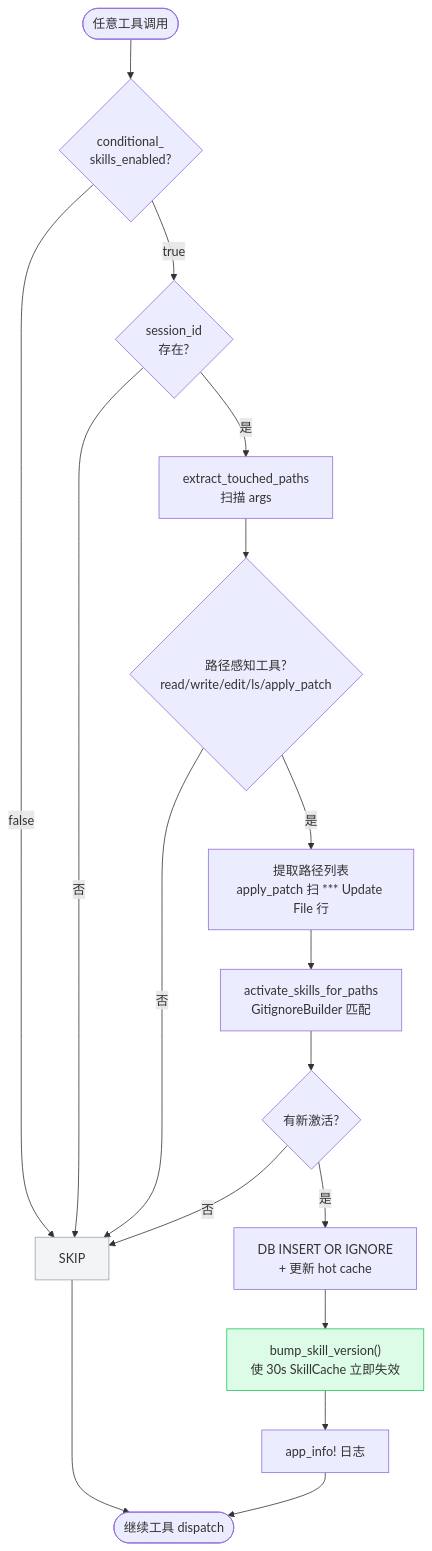
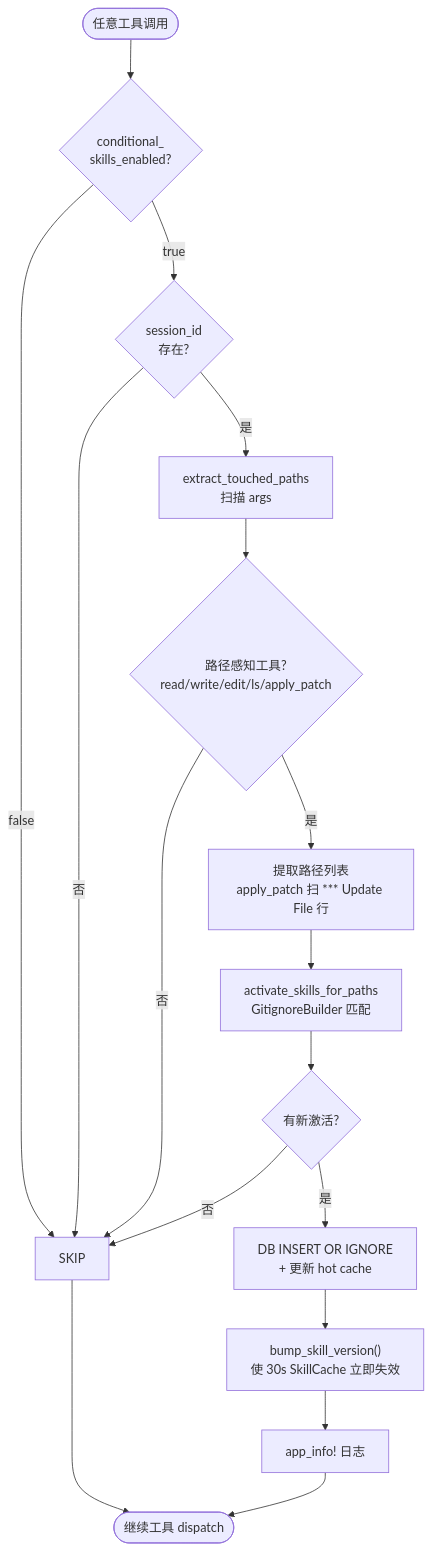
Before and after one commit to shiwenwen/hope-agent: the eighth of 18 diagrams in docs/architecture/skill-system.md, drawn with Mermaid. The commit also changed other lines of this file and 13 other files, not shown here.

First line of the commit message:
docs: 移除 mermaid 图表中的自定义背景色填充

````diff
--- a/docs/architecture/skill-system.md
+++ b/docs/architecture/skill-system.md
@@ -735,24 +719,22 @@
 ```mermaid
 flowchart TD
     TOOL(["任意工具调用"]) --> KS{"conditional_<br/>skills_enabled?"}
     KS -->|false| SKIP
     KS -->|true| SID{"session_id<br/>存在?"}
     SID -->|否| SKIP
     SID -->|是| EXTRACT["extract_touched_paths<br/>扫描 args"]
 
     EXTRACT --> AWARE{"路径感知工具?<br/>read/write/edit/ls/apply_patch"}
     AWARE -->|否| SKIP
     AWARE -->|是| PATHS["提取路径列表<br/>apply_patch 扫 *** Update File 行"]
 
     PATHS --> MATCH["activate_skills_for_paths<br/>GitignoreBuilder 匹配"]
     MATCH --> NEW{"有新激活?"}
     NEW -->|否| SKIP
     NEW -->|是| PERSIST["DB INSERT OR IGNORE<br/>+ 更新 hot cache"]
     PERSIST --> BUMP["bump_skill_version()<br/>使 30s SkillCache 立即失效"]
     BUMP --> LOG["app_info! 日志"]
     LOG --> DISPATCH(["继续工具 dispatch"])
     SKIP --> DISPATCH
 
-    style SKIP fill:#f3f4f6,stroke:#9ca3af
-    style BUMP fill:#dcfce7,stroke:#22c55e
 ```
````
